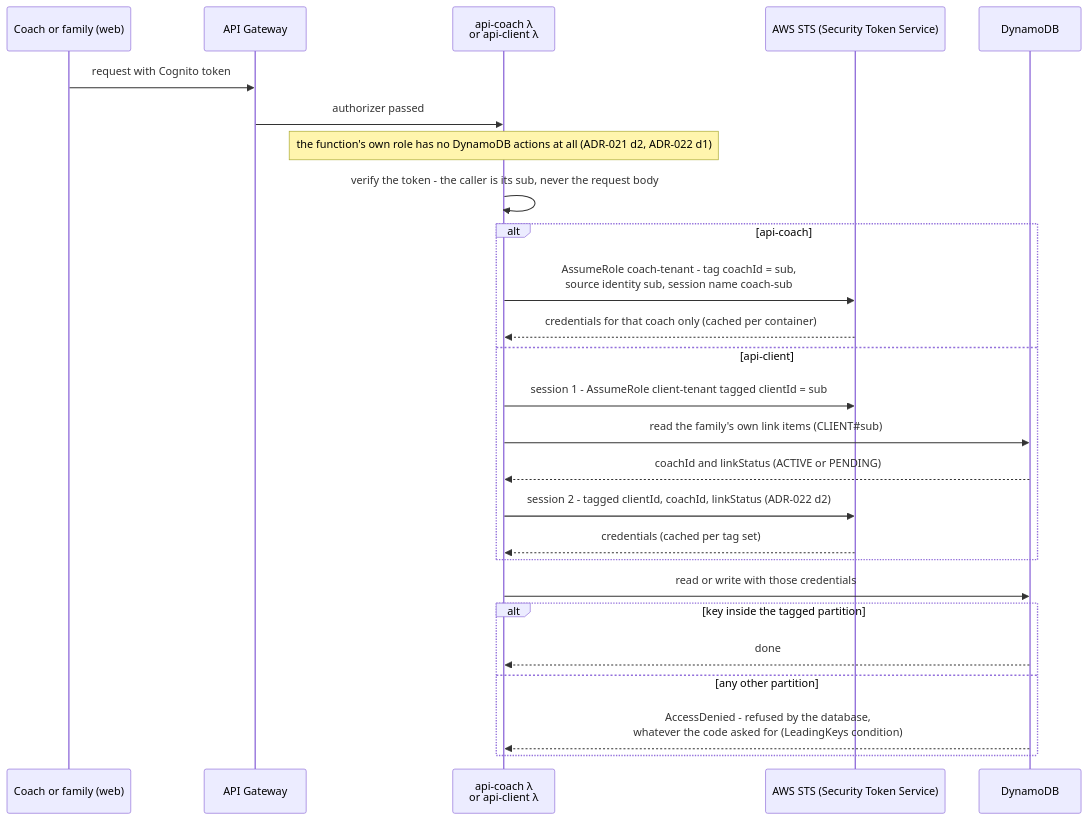
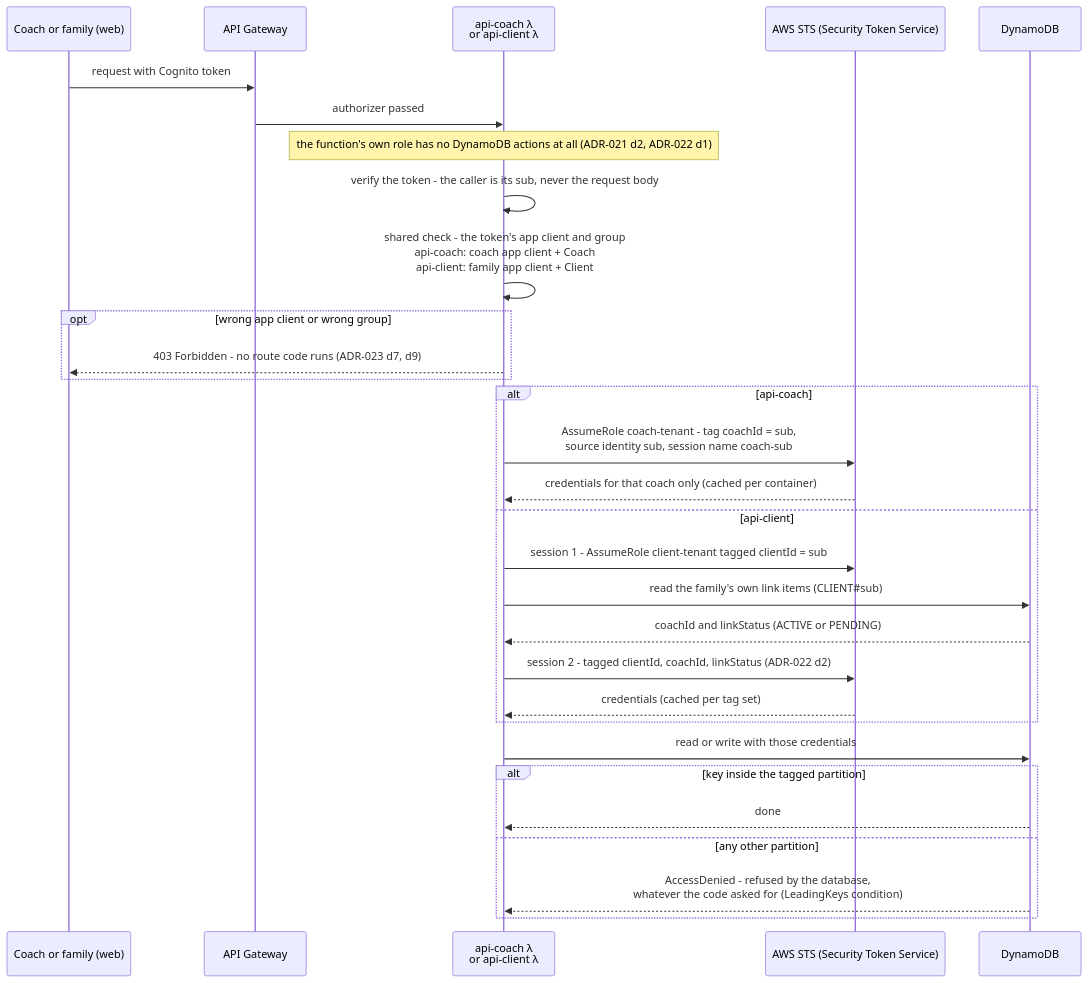
Diagram 24 of 29 in docs/architecture.md (jessicamvega6/bladebook), drawn with Mermaid before and after one commit. The commit also changed other lines of this file and 12 other files, not shown here.

````diff
--- a/docs/architecture.md
+++ b/docs/architecture.md
@@ -2003,28 +2019,32 @@
 ```mermaid
 sequenceDiagram
     participant U as Coach or family (web)
     participant GW as API Gateway
     participant F as api-coach λ<br/>or api-client λ
     participant STS as AWS STS (Security Token Service)
     participant DB as DynamoDB
     U->>GW: request with Cognito token
     GW->>F: authorizer passed
     Note over F: the function's own role has no DynamoDB actions at all (ADR-021 d2, ADR-022 d1)
     F->>F: verify the token - the caller is its sub, never the request body
+    F->>F: shared check - the token's app client and group<br/>api-coach: coach app client + Coach<br/>api-client: family app client + Client
+    opt wrong app client or wrong group
+        F-->>U: 403 Forbidden - no route code runs (ADR-023 d7, d9)
+    end
     alt api-coach
         F->>STS: AssumeRole coach-tenant - tag coachId = sub,<br/>source identity sub, session name coach-sub
         STS-->>F: credentials for that coach only (cached per container)
     else api-client
         F->>STS: session 1 - AssumeRole client-tenant tagged clientId = sub
         F->>DB: read the family's own link items (CLIENT#35;sub)
         DB-->>F: coachId and linkStatus (ACTIVE or PENDING)
         F->>STS: session 2 - tagged clientId, coachId, linkStatus (ADR-022 d2)
         STS-->>F: credentials (cached per tag set)
     end
     F->>DB: read or write with those credentials
     alt key inside the tagged partition
         DB-->>F: done
     else any other partition
         DB-->>F: AccessDenied - refused by the database,<br/>whatever the code asked for (LeadingKeys condition)
     end
 ```
````
